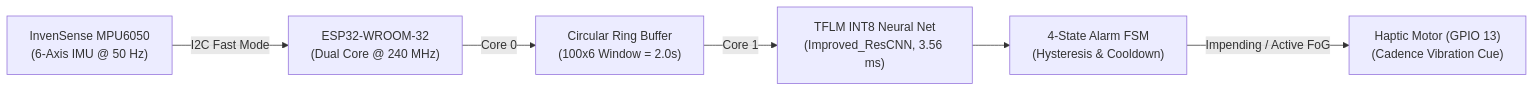
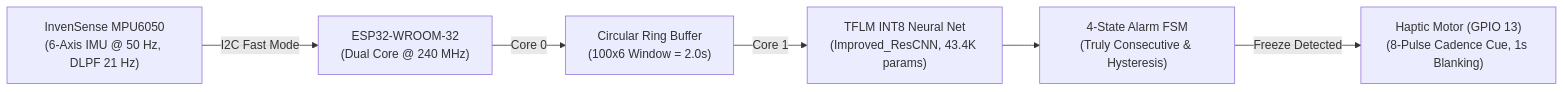
One commit to Aarush-300/FoG-prediction changed the diagram in README.md. Above: the diagram before and after it, drawn with Mermaid. The commit also changed other lines of this file and 101 other files, not shown here.

````diff
--- a/README.md
+++ b/README.md
@@ -13,8 +15,8 @@
 ```mermaid
 flowchart LR
-    IMU["InvenSense MPU6050<br/>(6-Axis IMU @ 50 Hz)"] -->|I2C Fast Mode| ESP32["ESP32-WROOM-32<br/>(Dual Core @ 240 MHz)"]
+    IMU["InvenSense MPU6050<br/>(6-Axis IMU @ 50 Hz, DLPF 21 Hz)"] -->|I2C Fast Mode| ESP32["ESP32-WROOM-32<br/>(Dual Core @ 240 MHz)"]
     ESP32 -->|Core 0| Buf["Circular Ring Buffer<br/>(100x6 Window = 2.0s)"]
-    Buf -->|Core 1| Model["TFLM INT8 Neural Net<br/>(Improved_ResCNN, 3.56 ms)"]
-    Model --> FSM["4-State Alarm FSM<br/>(Hysteresis & Cooldown)"]
-    FSM -->|Impending / Active FoG| Motor["Haptic Motor (GPIO 13)<br/>(Cadence Vibration Cue)"]
+    Buf -->|Core 1| Model["TFLM INT8 Neural Net<br/>(Improved_ResCNN, 43.4K params)"]
+    Model --> FSM["4-State Alarm FSM<br/>(Truly Consecutive & Hysteresis)"]
+    FSM -->|Freeze Detected| Motor["Haptic Motor (GPIO 13)<br/>(8-Pulse Cadence Cue, 1s Blanking)"]
 ```
````
